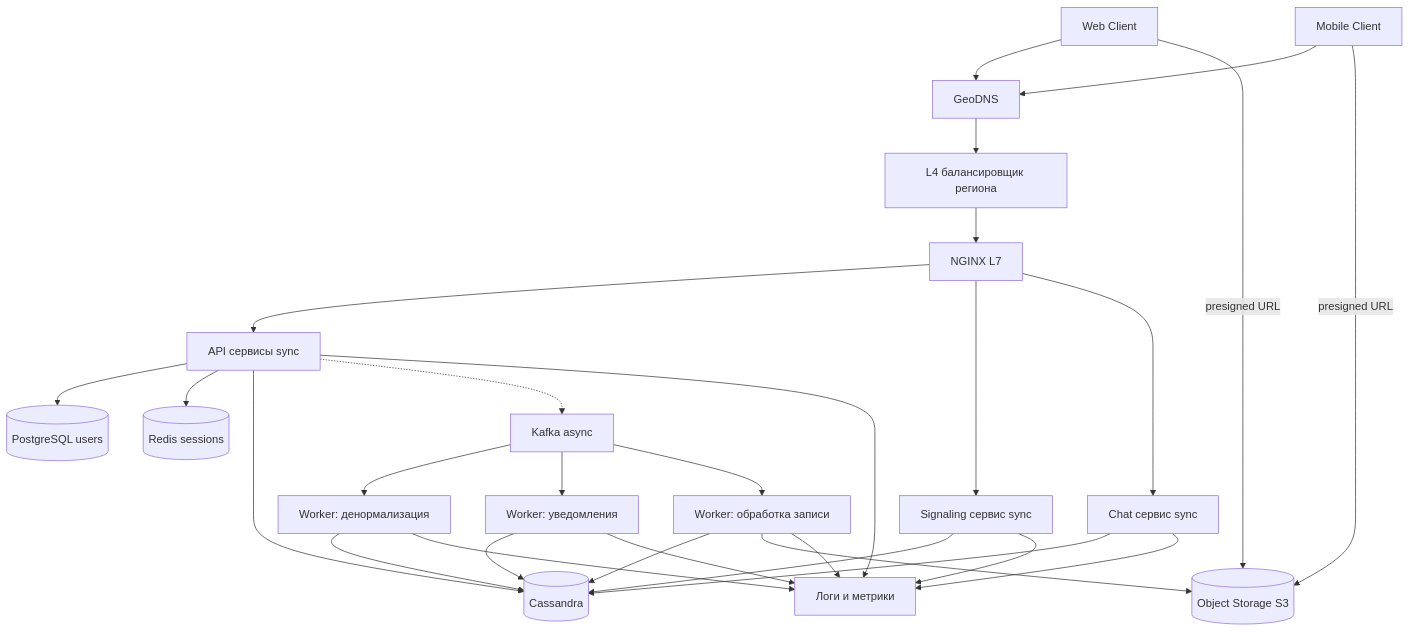
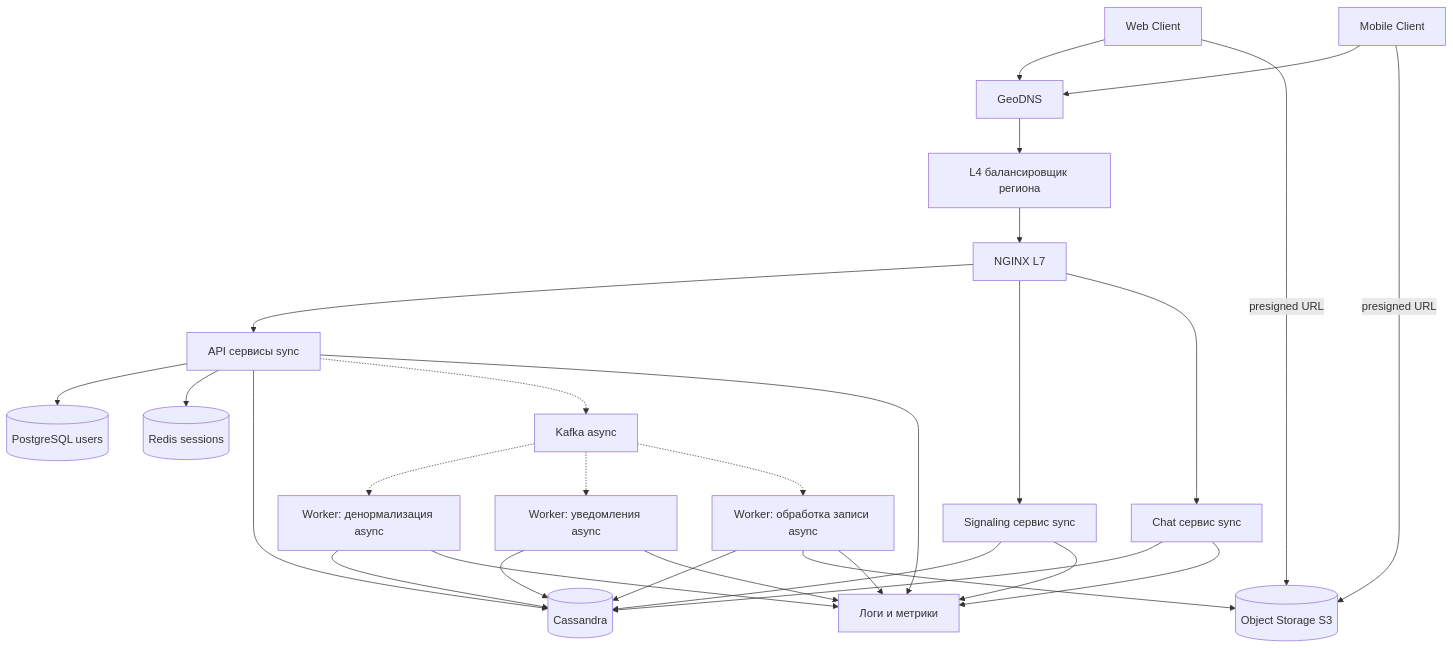
Before and after one commit to alx314vo/highload_zoom: the fourth of 4 diagrams in README.md, drawn with Mermaid. The commit also changed other lines of this file, not shown here.

````diff
--- a/README.md
+++ b/README.md
@@ -513,38 +513,38 @@
 ```mermaid
 graph TB
     WEB[Web Client] --> DNS[GeoDNS]
     MOB[Mobile Client] --> DNS
     DNS --> L4[L4 балансировщик региона]
     L4 --> L7[NGINX L7]
 
     L7 --> API[API сервисы sync]
     L7 --> SIG[Signaling сервис sync]
     L7 --> CHAT[Chat сервис sync]
 
     API --> PG[(PostgreSQL users)]
     API --> REDIS[(Redis sessions)]
     API --> CASS[(Cassandra)]
     SIG --> CASS
     CHAT --> CASS
 
     API -.-> MQ[Kafka async]
-    MQ --> W1[Worker: денормализация]
-    MQ --> W2[Worker: уведомления]
-    MQ --> W3[Worker: обработка записи]
+    MQ -.-> W1[Worker: денормализация async]
+    MQ -.-> W2[Worker: уведомления async]
+    MQ -.-> W3[Worker: обработка записи async]
 
     W1 --> CASS
     W2 --> CASS
     W3 --> CASS
 
     W3 --> S3[(Object Storage S3)]
     WEB -->|presigned URL| S3
     MOB -->|presigned URL| S3
 
     OBS[Логи и метрики]
     API --> OBS
     SIG --> OBS
     CHAT --> OBS
     W1 --> OBS
     W2 --> OBS
     W3 --> OBS
 ```
````
